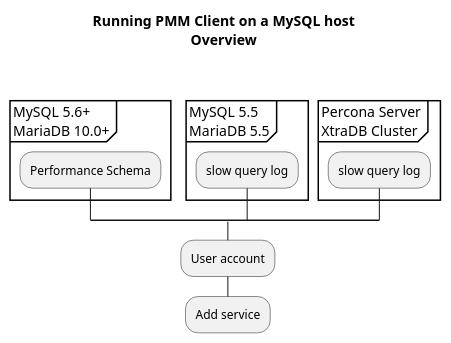
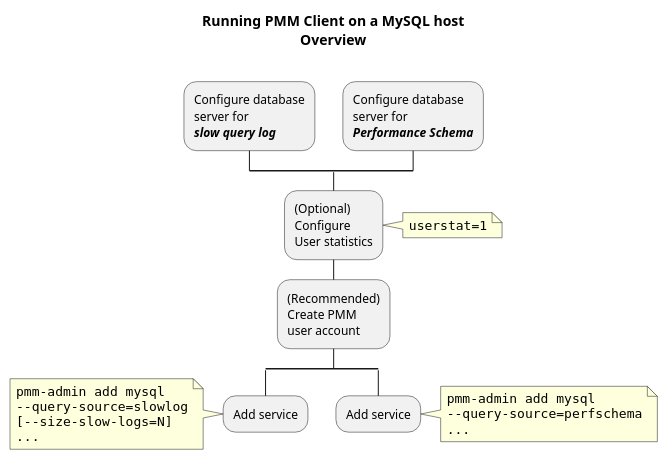
One commit to percona/pmm-doc changed the diagram in _resources/diagrams/Setting-Up_Client_MySQL.puml. Above: the diagram before and after it, drawn with PlantUML. The commit also changed 3 other files, not shown here.

```diff
--- a/_resources/diagrams/Setting-Up_Client_MySQL.puml
+++ b/_resources/diagrams/Setting-Up_Client_MySQL.puml
@@ -6,26 +6,49 @@
 @startuml "setting-up_client_mysql"
 skinparam ArrowHeadColor none
-title Running PMM Client on a MySQL host\nOverview\n
+title "Running PMM Client on a MySQL host\nOverview"
 
 split
 -[hidden]->
-partition "MySQL 5.6+\nMariaDB 10.0+" {
-	:Performance Schema;
-}
+:Configure database
+server for
+**//slow query log//**;
 split again
 -[hidden]->
-partition "MySQL 5.5\nMariaDB 5.5" {
-	:slow query log;
-}
-
+:Configure database
+server for
+**//Performance Schema//**;
+end split
+:(Optional)
+Configure
+User statistics;
+note right
+""userstat=1""
+end note
+:(Recommended)
+Create PMM
+user account;
+split
+:Add service;
+note left
+<code>
+pmm-admin add mysql
+--query-source=slowlog
+[--size-slow-logs=N]
+...
+</code>
+end note
+kill
 split again
--[hidden]->
-partition "Percona Server\nXtraDB Cluster" {
-	:slow query log;
-}
+:Add service;
+note right
+<code>
+pmm-admin add mysql
+--query-source=perfschema
+...
+</code>
+end note
+kill
 end split
 
-:User account;
-:Add service;
 
 @enduml
```
